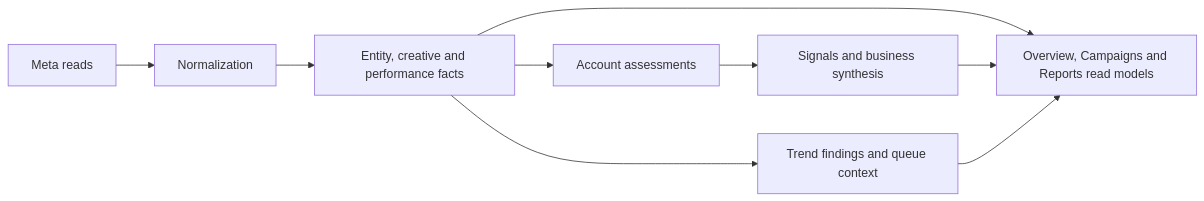
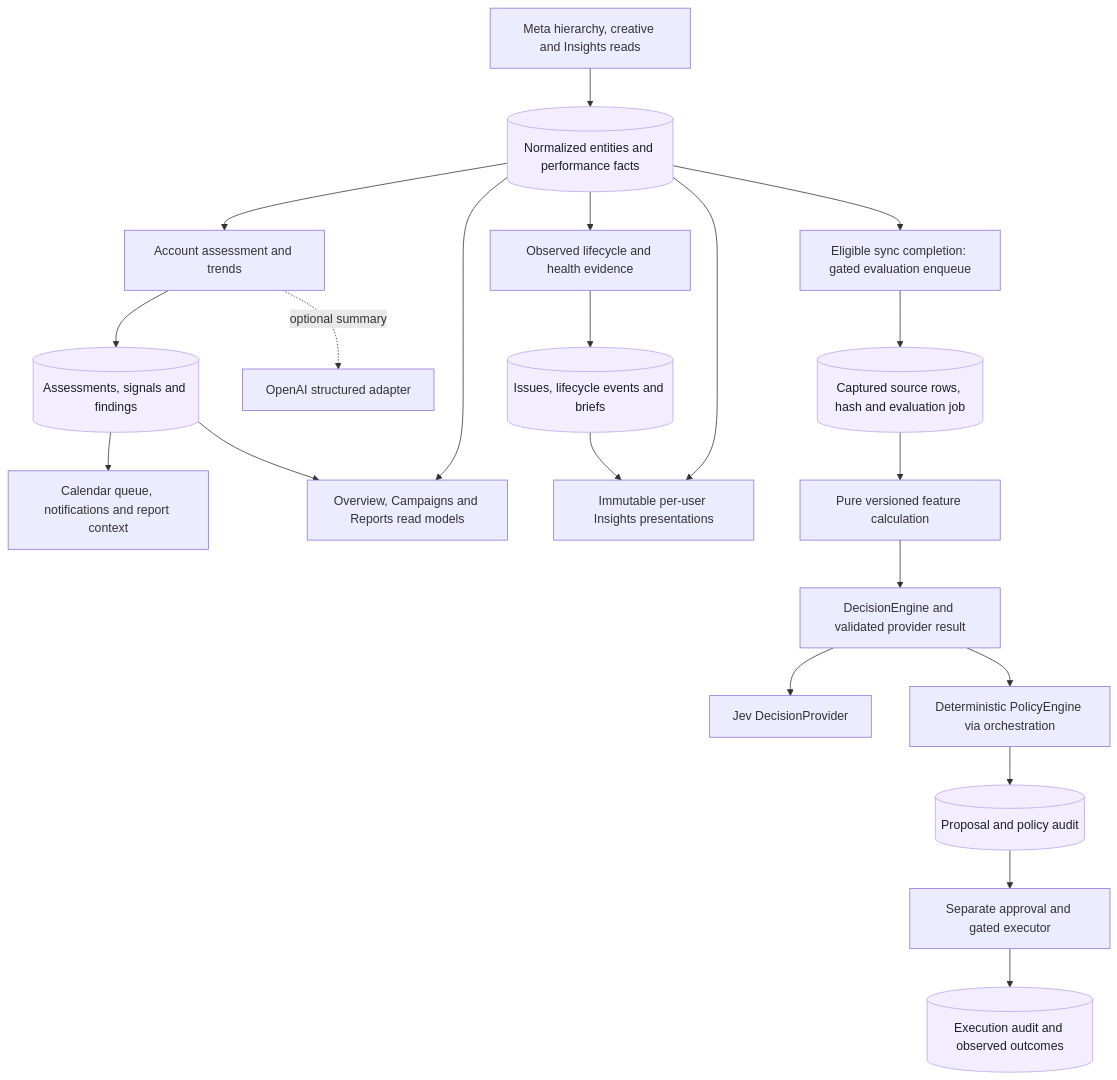
Before and after one commit to Yengner/DeepVisor: the third of 6 diagrams in docs/FLOWS.md, drawn with Mermaid. The commit also changed other lines of this file and 7 other files, not shown here.

Commit message:
docs: map architectural relationships and verified infrastructure

````diff
--- a/docs/FLOWS.md
+++ b/docs/FLOWS.md
@@ -67,11 +121,25 @@
 ```mermaid
-flowchart LR
-  M[Meta reads] --> N[Normalization]
-  N --> F[Entity, creative and performance facts]
-  F --> A[Account assessments]
-  A --> S[Signals and business synthesis]
-  F --> T[Trend findings and queue context]
+flowchart TD
+  M[Meta hierarchy, creative and Insights reads] --> F[(Normalized entities and performance facts)]
+  F --> A[Account assessment and trends]
+  A --> S[(Assessments, signals and findings)]
+  A -.->|optional summary| O[OpenAI structured adapter]
+  S --> Q[Calendar queue, notifications and report context]
   F --> V[Overview, Campaigns and Reports read models]
   S --> V
-  T --> V
+  F --> L[Observed lifecycle and health evidence]
+  L --> I[(Issues, lifecycle events and briefs)]
+  I --> P[Immutable per-user Insights presentations]
+  F --> P
+  F --> J[Eligible sync completion: gated evaluation enqueue]
+  J --> E[(Captured source rows, hash and evaluation job)]
+  E --> B[Pure versioned feature calculation]
+  B --> D[DecisionEngine and validated provider result]
+  D --> JE[Jev DecisionProvider]
+  D --> PO[Deterministic PolicyEngine via orchestration]
+  PO --> R[(Proposal and policy audit)]
+  R --> X[Separate approval and gated executor]
+  X --> U[(Execution audit and observed outcomes)]
+  classDef data fill:#f3eeff,stroke:#b9a6f0,color:#1b1f24
+  class F,S,I,E,R,U data
 ```
````
